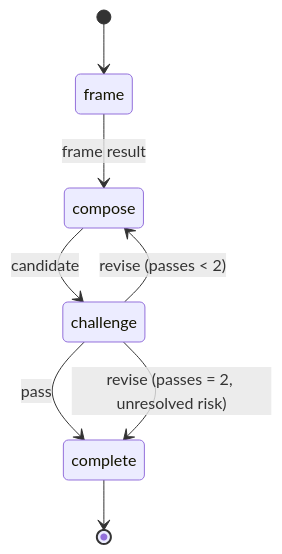
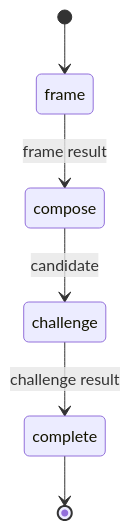
The second of 2 diagrams in plugins/semantic-instructions/skills/semantic-instructions/docs/architecture.md (sij0sh/handtools), drawn with Mermaid before and after one commit. The commit also changed other lines of this file and 10 other files, not shown here.

````diff
--- a/plugins/semantic-instructions/skills/semantic-instructions/docs/architecture.md
+++ b/plugins/semantic-instructions/skills/semantic-instructions/docs/architecture.md
@@ -28,10 +28,8 @@
 ```mermaid
 stateDiagram-v2
     [*] --> frame
     frame --> compose: frame result
     compose --> challenge: candidate
-    challenge --> compose: revise (passes < 2)
-    challenge --> complete: pass
-    challenge --> complete: revise (passes = 2, unresolved risk)
+    challenge --> complete: challenge result
     complete --> [*]
 ```
````
